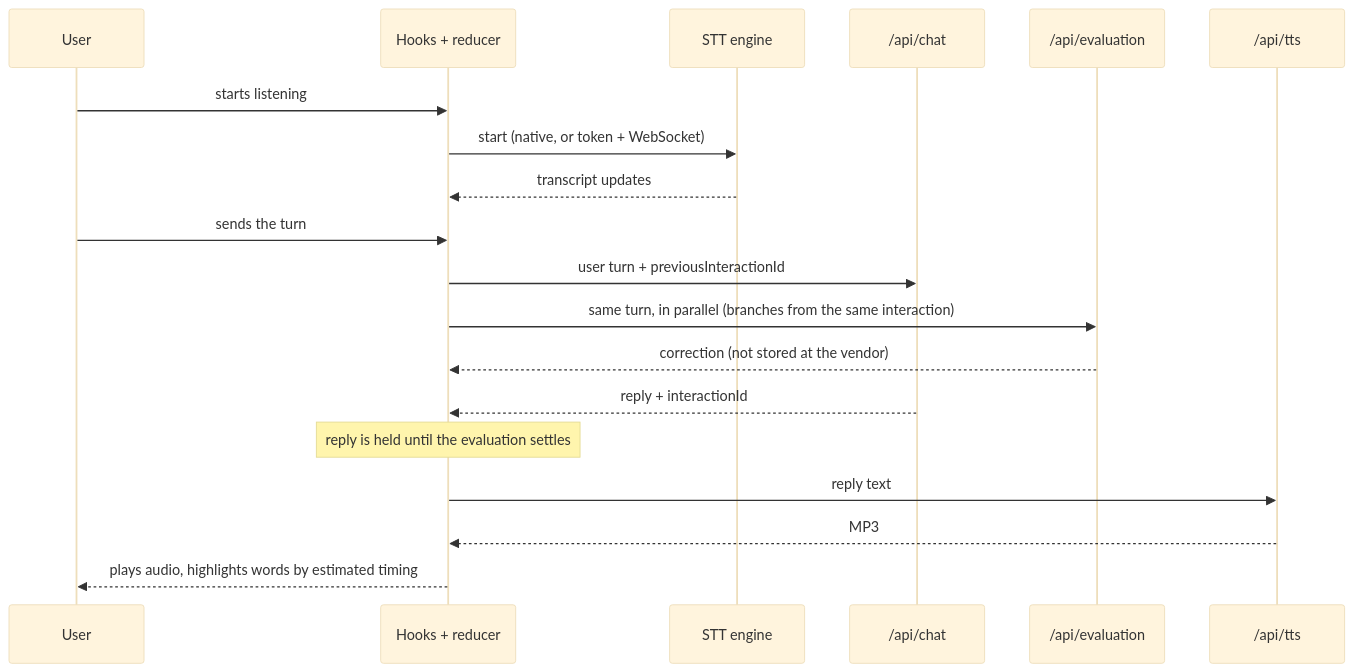
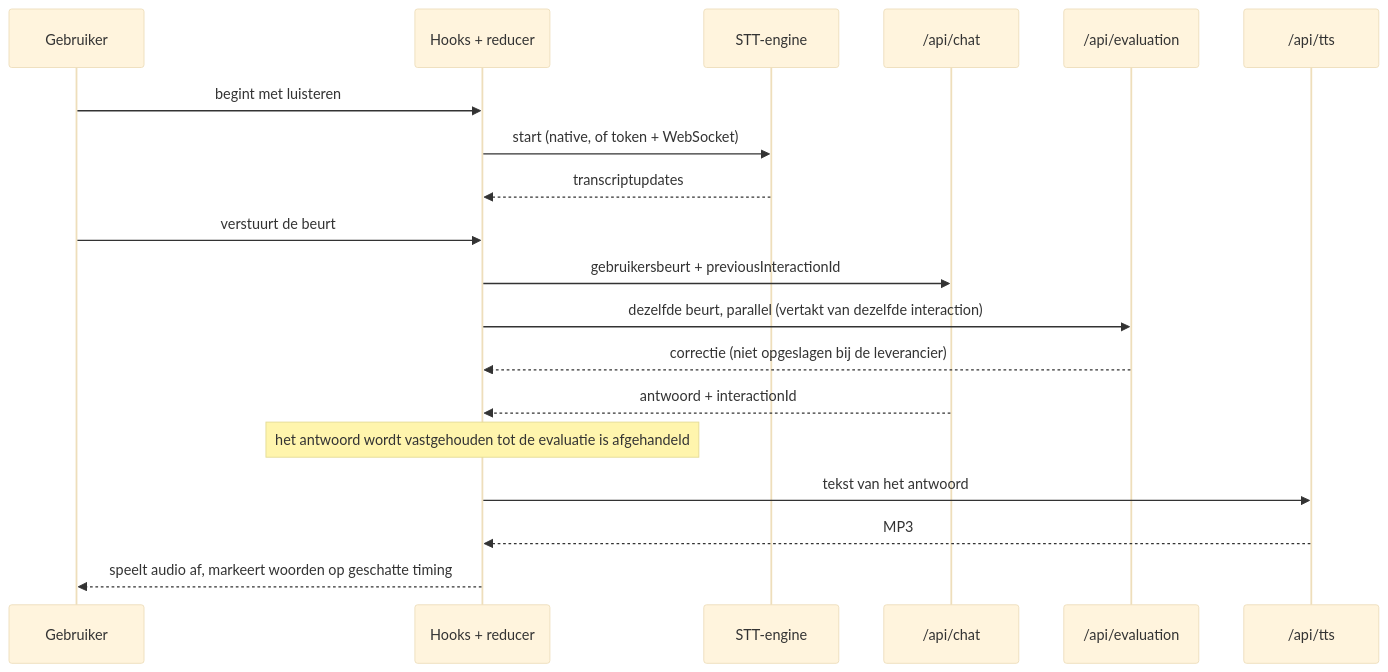
The second of 2 diagrams in docs/grootboek/software-architectuur.md (jaronbarends/lab-language-buddy), drawn with Mermaid (base theme) before and after one commit. The commit also changed other lines of this file and 12 other files, not shown here.

````diff
--- a/docs/grootboek/software-architectuur.md
+++ b/docs/grootboek/software-architectuur.md
@@ -116,21 +121,21 @@
 ```mermaid
 sequenceDiagram
-  participant U as User
+  participant U as Gebruiker
   participant H as Hooks + reducer
-  participant S as STT engine
+  participant S as STT-engine
   participant C as /api/chat
   participant E as /api/evaluation
   participant T as /api/tts
-  U->>H: starts listening
-  H->>S: start (native, or token + WebSocket)
-  S-->>H: transcript updates
-  U->>H: sends the turn
-  H->>C: user turn + previousInteractionId
-  H->>E: same turn, in parallel (branches from the same interaction)
-  E-->>H: correction (not stored at the vendor)
-  C-->>H: reply + interactionId
-  Note over H: reply is held until the evaluation settles
-  H->>T: reply text
+  U->>H: begint met luisteren
+  H->>S: start (native, of token + WebSocket)
+  S-->>H: transcriptupdates
+  U->>H: verstuurt de beurt
+  H->>C: gebruikersbeurt + previousInteractionId
+  H->>E: dezelfde beurt, parallel (vertakt van dezelfde interaction)
+  E-->>H: correctie (niet opgeslagen bij de leverancier)
+  C-->>H: antwoord + interactionId
+  Note over H: het antwoord wordt vastgehouden tot de evaluatie is afgehandeld
+  H->>T: tekst van het antwoord
   T-->>H: MP3
-  H-->>U: plays audio, highlights words by estimated timing
+  H-->>U: speelt audio af, markeert woorden op geschatte timing
 ```
````
